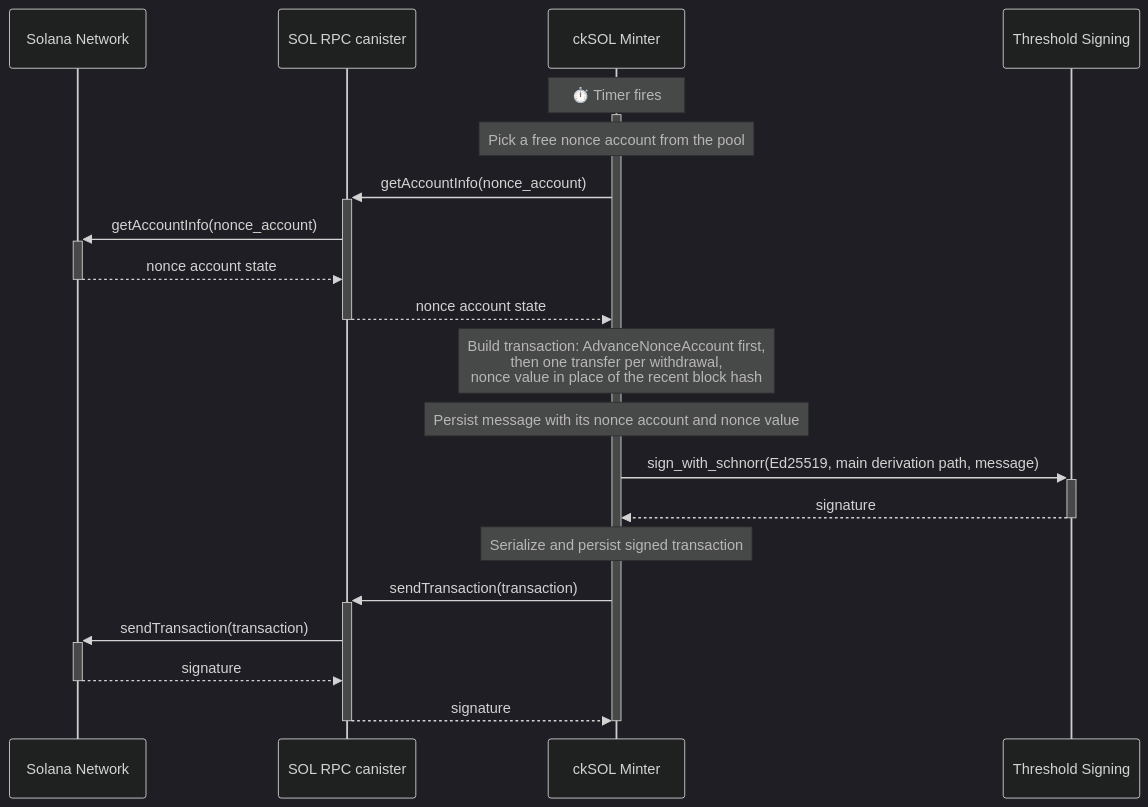
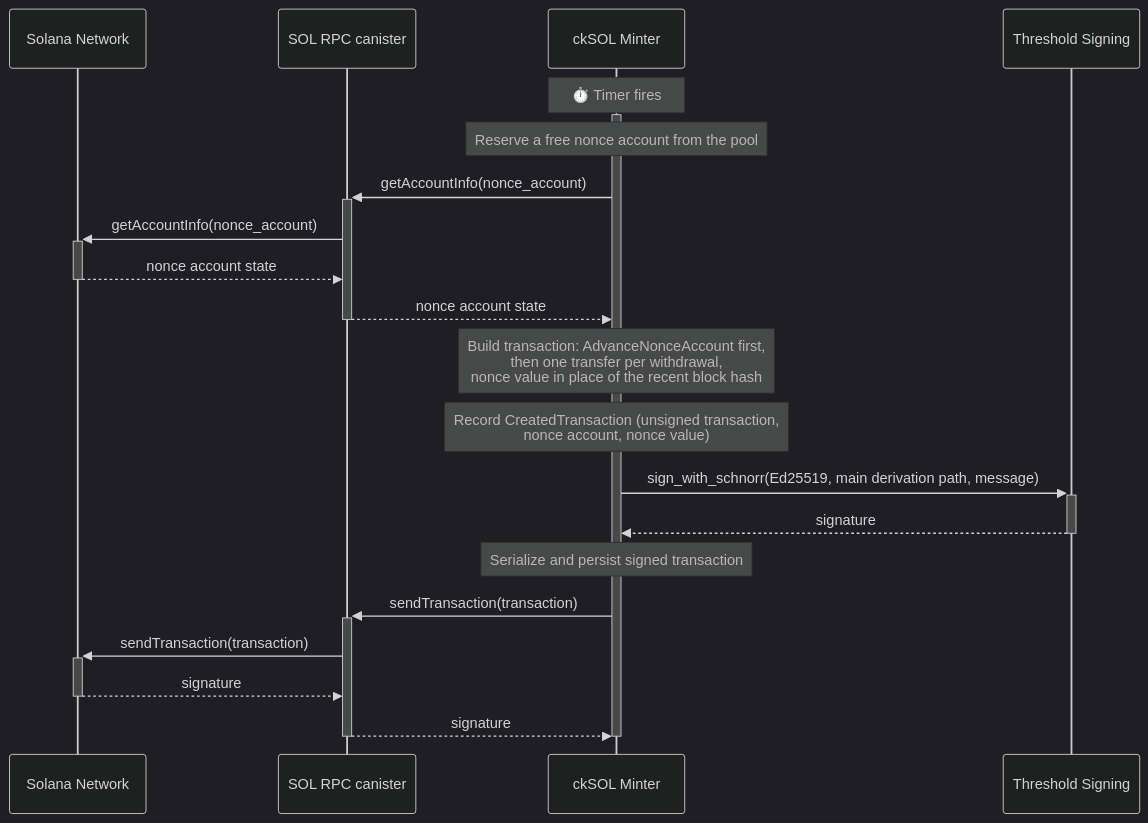
The sixth of 8 diagrams in docs/design.md (dfinity/cksol), drawn with Mermaid (dark theme) before and after one commit. The commit also changed other lines of this file, not shown here.

Commit message:
docs: reserve the nonce account through a CreatedTransaction event

````diff
--- a/docs/design.md
+++ b/docs/design.md
@@ -520,25 +520,25 @@
 ```mermaid
 sequenceDiagram
     participant Solana as Solana Network
     participant RPC as SOL RPC canister
     participant Minter as ckSOL Minter
     participant Signer as Threshold Signing
 
     Note over Minter: ⏱️ Timer fires
     activate Minter
-    Note over Minter: Pick a free nonce account from the pool
+    Note over Minter: Reserve a free nonce account from the pool
     Minter->>+RPC: getAccountInfo(nonce_account)
     RPC->>+Solana: getAccountInfo(nonce_account)
     Solana-->>-RPC: nonce account state
     RPC-->>-Minter: nonce account state
     Note over Minter: Build transaction: AdvanceNonceAccount first,<br/>then one transfer per withdrawal,<br/>nonce value in place of the recent block hash
-    Note over Minter: Persist message with its nonce account and nonce value
+    Note over Minter: Record CreatedTransaction (unsigned transaction,<br/>nonce account, nonce value)
     Minter->>+Signer: sign_with_schnorr(Ed25519, main derivation path, message)
     Signer-->>-Minter: signature
     Note over Minter: Serialize and persist signed transaction
     Minter->>+RPC: sendTransaction(transaction)
     RPC->>+Solana: sendTransaction(transaction)
     Solana-->>-RPC: signature
     RPC-->>-Minter: signature
     deactivate Minter
 ```
````
